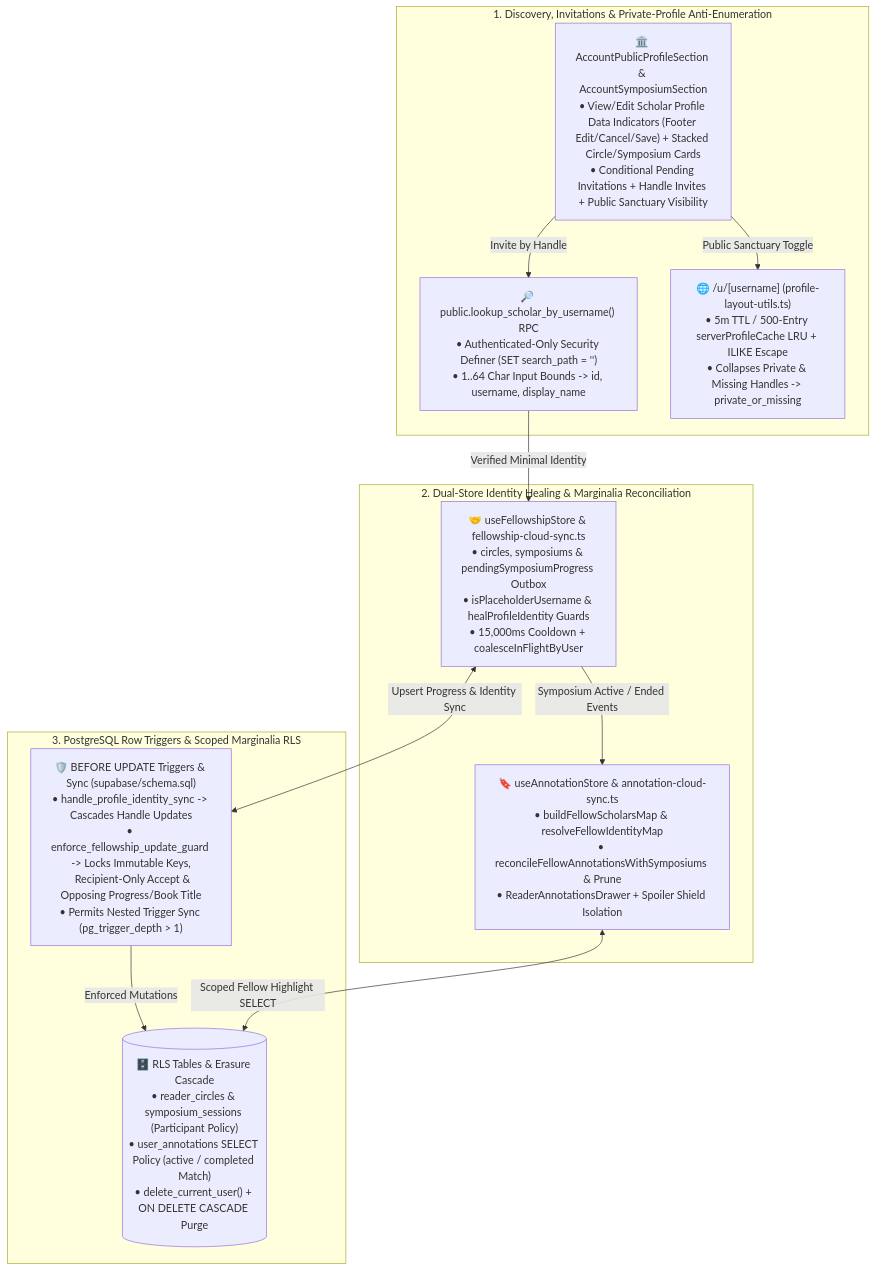
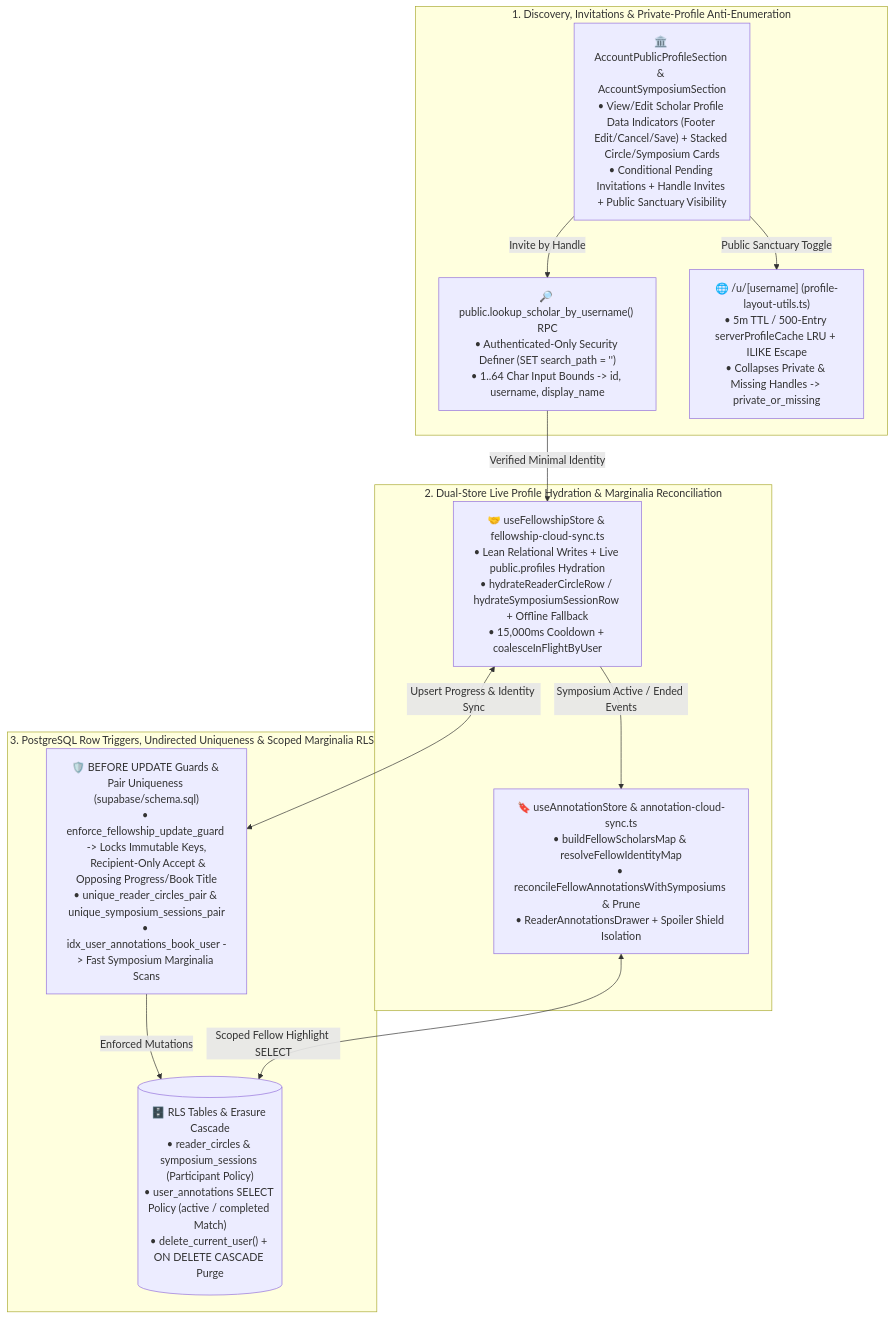
The second of 2 diagrams in docs/architecture/security-and-fellowship.md (calin-m/Bookarium), drawn with Mermaid before and after one commit. The commit also changed 28 other files, not shown here.

First line of the commit message:
perf(db,fellowship): harden RLS/indexes, normalize fellowship identity & add Rule 10 scalability governance (v2.9.93)

````diff
--- a/docs/architecture/security-and-fellowship.md
+++ b/docs/architecture/security-and-fellowship.md
@@ -89,26 +89,26 @@
 ```mermaid
 flowchart TD
     subgraph FellowshipDiscovery ["1. Discovery, Invitations & Private-Profile Anti-Enumeration"]
         FelUI["🏛️ AccountPublicProfileSection & AccountSymposiumSection\n• View/Edit Scholar Profile Data Indicators (Footer Edit/Cancel/Save) + Stacked Circle/Symposium Cards\n• Conditional Pending Invitations + Handle Invites + Public Sanctuary Visibility"]
         FelLookup["🔎 public.lookup_scholar_by_username() RPC\n• Authenticated-Only Security Definer (SET search_path = '')\n• 1..64 Char Input Bounds -> id, username, display_name"]
         FelProfileLRU["🌐 /u/[username] (profile-layout-utils.ts)\n• 5m TTL / 500-Entry serverProfileCache LRU + ILIKE Escape\n• Collapses Private & Missing Handles -> private_or_missing"]
     end
 
-    subgraph DualStoreOrchestration ["2. Dual-Store Identity Healing & Marginalia Reconciliation"]
-        FelStores["🤝 useFellowshipStore & fellowship-cloud-sync.ts\n• circles, symposiums & pendingSymposiumProgress Outbox\n• isPlaceholderUsername & healProfileIdentity Guards\n• 15,000ms Cooldown + coalesceInFlightByUser"]
+    subgraph DualStoreOrchestration ["2. Dual-Store Live Profile Hydration & Marginalia Reconciliation"]
+        FelStores["🤝 useFellowshipStore & fellowship-cloud-sync.ts\n• Lean Relational Writes + Live public.profiles Hydration\n• hydrateReaderCircleRow / hydrateSymposiumSessionRow + Offline Fallback\n• 15,000ms Cooldown + coalesceInFlightByUser"]
         FelAnnot["🔖 useAnnotationStore & annotation-cloud-sync.ts\n• buildFellowScholarsMap & resolveFellowIdentityMap\n• reconcileFellowAnnotationsWithSymposiums & Prune\n• ReaderAnnotationsDrawer + Spoiler Shield Isolation"]
     end
 
-    subgraph DatabaseGuards ["3. PostgreSQL Row Triggers & Scoped Marginalia RLS"]
-        FelTriggers["🛡️ BEFORE UPDATE Triggers & Sync (supabase/schema.sql)\n• handle_profile_identity_sync -> Cascades Handle Updates\n• enforce_fellowship_update_guard -> Locks Immutable Keys,\n  Recipient-Only Accept & Opposing Progress/Book Title\n• Permits Nested Trigger Sync (pg_trigger_depth > 1)"]
+    subgraph DatabaseGuards ["3. PostgreSQL Row Triggers, Undirected Uniqueness & Scoped Marginalia RLS"]
+        FelTriggers["🛡️ BEFORE UPDATE Guards & Pair Uniqueness (supabase/schema.sql)\n• enforce_fellowship_update_guard -> Locks Immutable Keys,\n  Recipient-Only Accept & Opposing Progress/Book Title\n• unique_reader_circles_pair & unique_symposium_sessions_pair\n• idx_user_annotations_book_user -> Fast Symposium Marginalia Scans"]
         FelRLS[("🗄️ RLS Tables & Erasure Cascade\n• reader_circles & symposium_sessions (Participant Policy)\n• user_annotations SELECT Policy (active / completed Match)\n• delete_current_user() + ON DELETE CASCADE Purge")]
     end
 
     FelUI -->|"Invite by Handle"| FelLookup
     FelUI -->|"Public Sanctuary Toggle"| FelProfileLRU
     FelLookup -->|"Verified Minimal Identity"| FelStores
     FelStores <-->|"Upsert Progress & Identity Sync"| FelTriggers
     FelTriggers -->|"Enforced Mutations"| FelRLS
     FelStores -->|"Symposium Active / Ended Events"| FelAnnot
     FelAnnot <-->|"Scoped Fellow Highlight SELECT"| FelRLS
 ```
````
